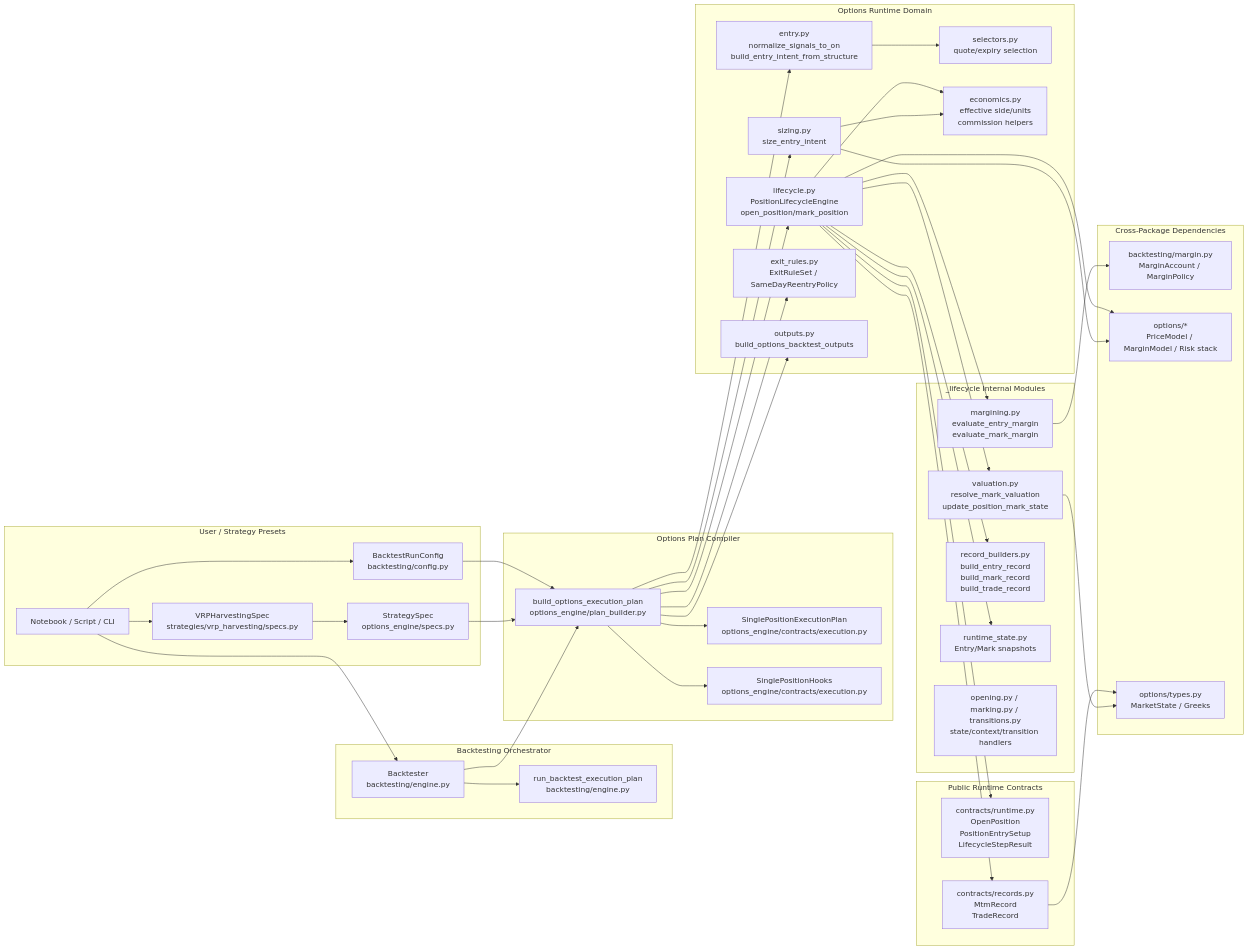
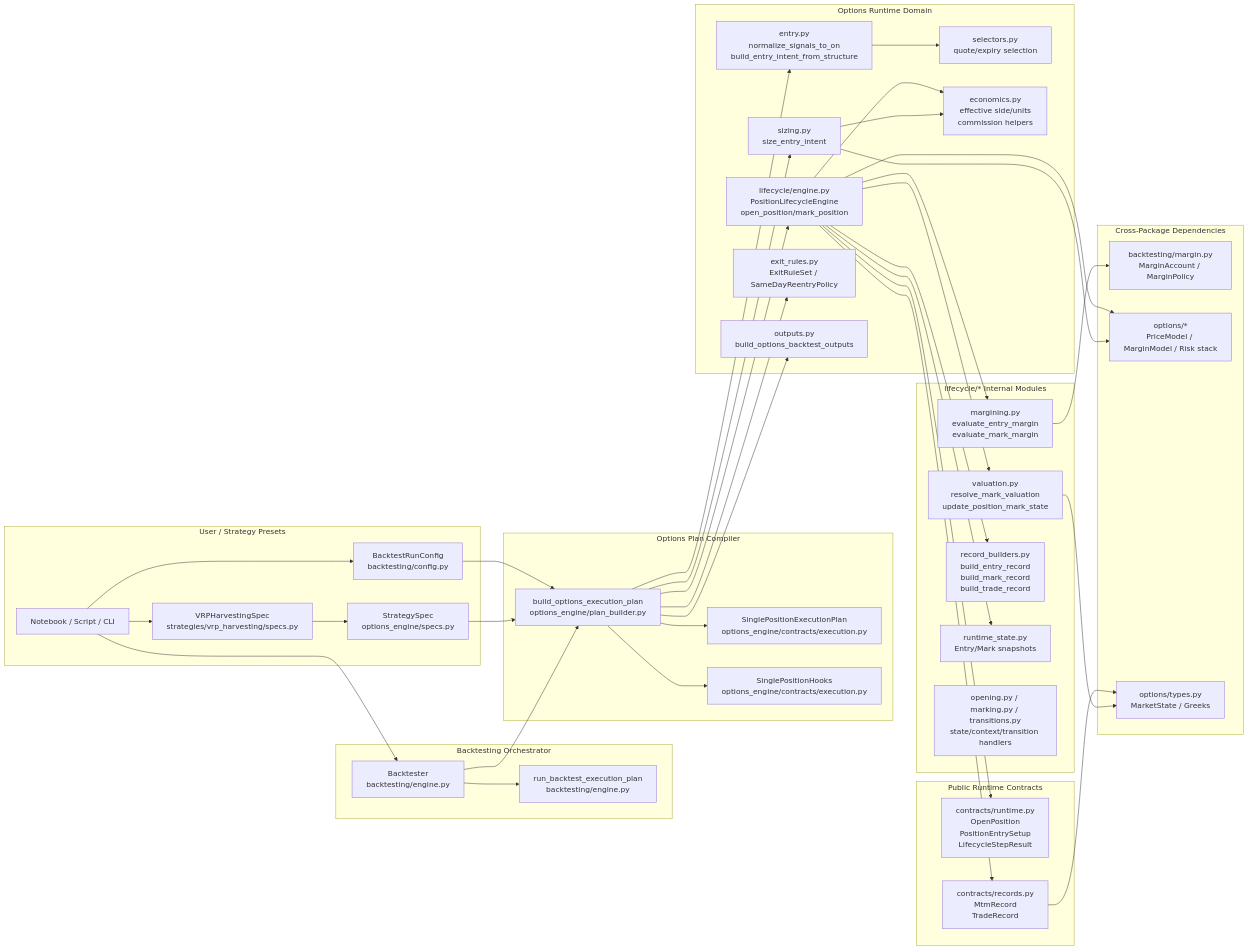
The first of 6 diagrams in docs/reference/options_backtesting_architecture_internals.md (anthonymakarewicz/volatility-trading), drawn with Mermaid before and after one commit. The commit also changed other lines of this file and 12 other files, not shown here.

Commit message:
refactor(options-engine): move lifecycle into package with engine and internals

````diff
--- a/docs/reference/options_backtesting_architecture_internals.md
+++ b/docs/reference/options_backtesting_architecture_internals.md
@@ -23,78 +23,78 @@
 ```mermaid
 flowchart LR
     subgraph UserLayer[User / Strategy Presets]
         U1[Notebook / Script / CLI]
         U2[VRPHarvestingSpec\nstrategies/vrp_harvesting/specs.py]
         U3[StrategySpec\noptions_engine/specs.py]
         U4[BacktestRunConfig\nbacktesting/config.py]
     end
 
     subgraph Orchestrator[Backtesting Orchestrator]
         O1[Backtester\nbacktesting/engine.py]
         O2[run_backtest_execution_plan\nbacktesting/engine.py]
     end
 
     subgraph PlanCompiler[Options Plan Compiler]
         P1[build_options_execution_plan\noptions_engine/plan_builder.py]
         P2[SinglePositionExecutionPlan\noptions_engine/contracts/execution.py]
         P3[SinglePositionHooks\noptions_engine/contracts/execution.py]
     end
 
     subgraph RuntimeDomain[Options Runtime Domain]
         R1[entry.py\nnormalize_signals_to_on\nbuild_entry_intent_from_structure]
         R2[sizing.py\nsize_entry_intent]
-        R3[lifecycle.py\nPositionLifecycleEngine\nopen_position/mark_position]
+        R3[lifecycle/engine.py\nPositionLifecycleEngine\nopen_position/mark_position]
         R4[exit_rules.py\nExitRuleSet / SameDayReentryPolicy]
         R5[selectors.py\nquote/expiry selection]
         R6[economics.py\neffective side/units\ncommission helpers]
         R7[outputs.py\nbuild_options_backtest_outputs]
     end
 
-    subgraph LifecycleInternals[_lifecycle Internal Modules]
+    subgraph LifecycleInternals[lifecycle/* Internal Modules]
         L1[valuation.py\nresolve_mark_valuation\nupdate_position_mark_state]
         L2[margining.py\nevaluate_entry_margin\nevaluate_mark_margin]
         L3[record_builders.py\nbuild_entry_record\nbuild_mark_record\nbuild_trade_record]
         L4[runtime_state.py\nEntry/Mark snapshots]
         L5[opening.py / marking.py / transitions.py\nstate/context/transition handlers]
     end
 
     subgraph RuntimeContracts[Public Runtime Contracts]
         C1[contracts/runtime.py\nOpenPosition\nPositionEntrySetup\nLifecycleStepResult]
         C2[contracts/records.py\nMtmRecord\nTradeRecord]
     end
 
     subgraph ExternalDeps[Cross-Package Dependencies]
         X1[backtesting/margin.py\nMarginAccount / MarginPolicy]
         X2[options/*\nPriceModel / MarginModel / Risk stack]
         X3[options/types.py\nMarketState / Greeks]
     end
 
     U1 --> U2 --> U3
     U1 --> U4
     U1 --> O1
     O1 --> P1
     O1 --> O2
     U3 --> P1
     U4 --> P1
     P1 --> P2
     P1 --> P3
     P1 --> R1
     P1 --> R2
     P1 --> R3
     P1 --> R4
     P1 --> R7
     R1 --> R5
     R2 --> R6
     R3 --> R6
     R3 --> L1
     R3 --> L2
     R3 --> L3
     R3 --> L4
     R3 --> C1
     R3 --> C2
     L2 --> X1
     R2 --> X2
     R3 --> X2
     L1 --> X3
     C2 --> X3
 ```
````
